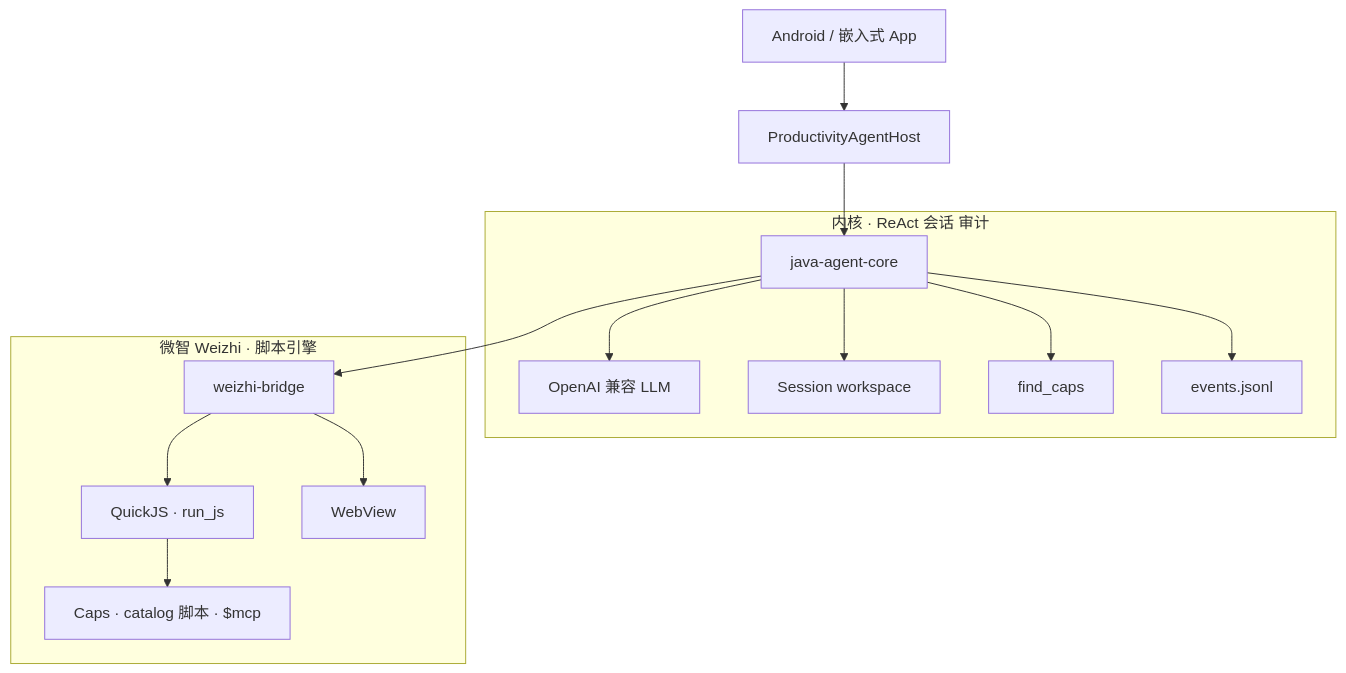
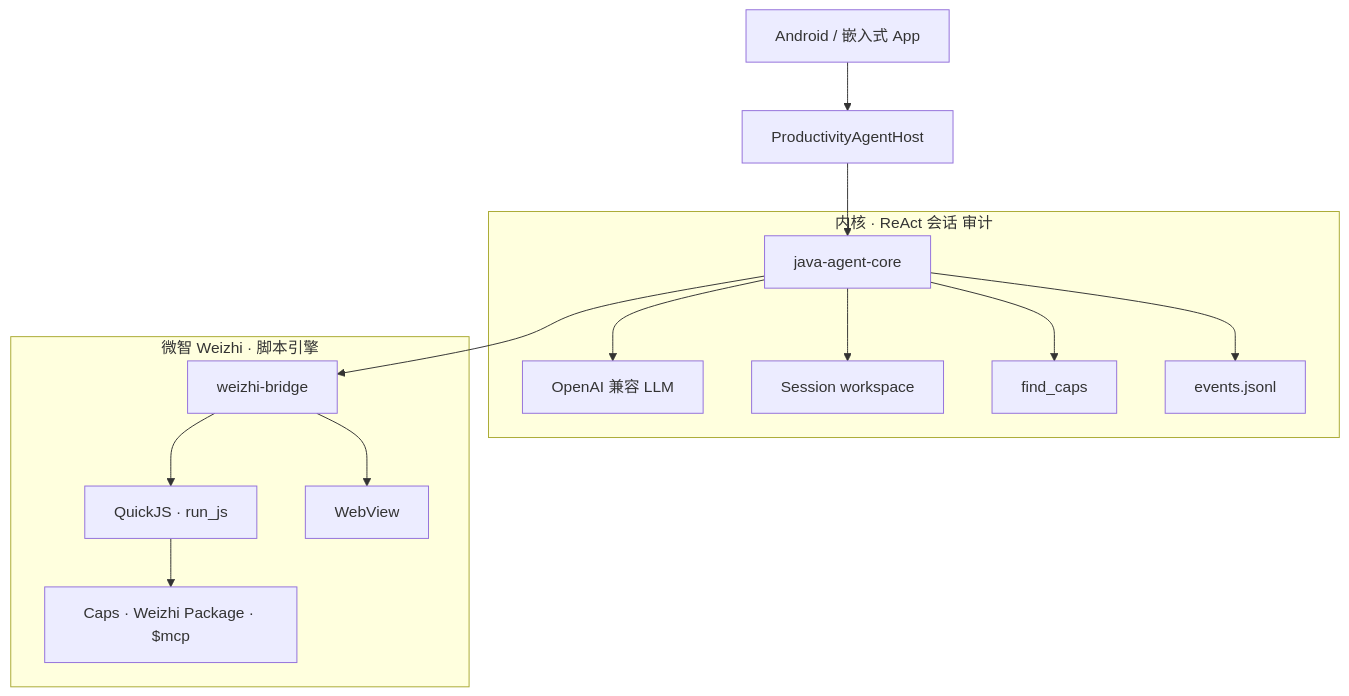
Before and after one commit to fengshihao/agent1: the diagram in README.md, drawn with Mermaid. The commit also changed other lines of this file and 41 other files, not shown here.

First line of the commit message:
refactor: 去掉过时的 catalog 安装入口，官方 JS 对齐 Weizhi Package

````diff
--- a/README.md
+++ b/README.md
@@ -99,19 +99,19 @@
 ```mermaid
 flowchart TB
   Host[Android / 嵌入式 App] --> Gateway[ProductivityAgentHost]
   Gateway --> Core[java-agent-core]
 
   subgraph kernel["内核 · ReAct 会话 审计"]
     Core --> LLM[OpenAI 兼容 LLM]
     Core --> WS[Session workspace]
     Core --> Search[find_caps]
     Core --> Audit[events.jsonl]
   end
 
   Core --> Bridge[weizhi-bridge]
   subgraph weizhi["微智 Weizhi · 脚本引擎"]
     Bridge --> WZ[QuickJS · run_js]
-    WZ --> Cap["Caps · catalog 脚本 · $mcp"]
+    WZ --> Cap["Caps · Weizhi Package · $mcp"]
     Bridge --> WV[WebView]
   end
 ```
````
